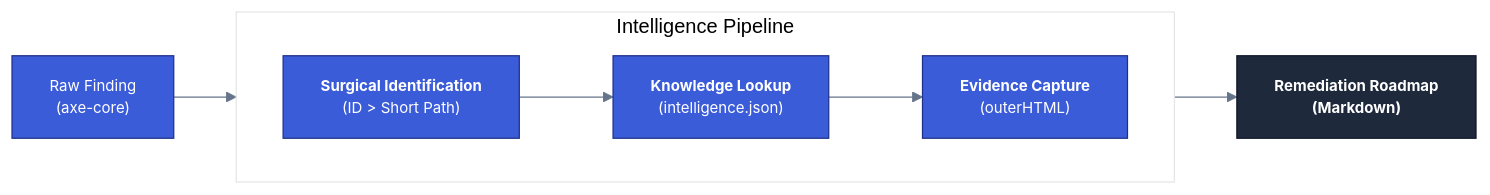
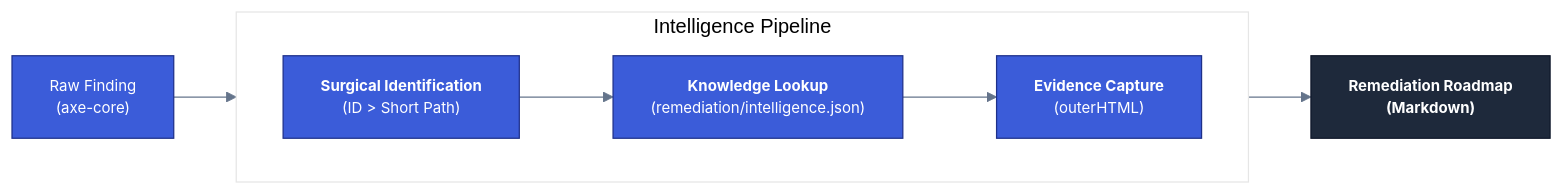
Before and after one commit to diegovelasquezweb/a11y-skill: the diagram in docs/engine-intelligence.md, drawn with Mermaid. The commit also changed other lines of this file and 13 other files, not shown here.

````diff
--- a/docs/engine-intelligence.md
+++ b/docs/engine-intelligence.md
@@ -55,23 +55,23 @@
 ```mermaid
 %%{init: { 'theme': 'base', 'themeVariables': { 'primaryColor': '#3b5cd9', 'primaryTextColor': '#1e293b', 'primaryBorderColor': '#1e308a', 'lineColor': '#64748b', 'secondaryColor': '#f1f5f9', 'tertiaryColor': '#fff', 'mainBkg': '#fff', 'nodeBorder': '#e2e8f0' } } }%%
 flowchart LR
     Finding["Raw Finding<br/>(axe-core)"] --> Analysis
 
     subgraph Analysis["Intelligence Pipeline"]
         direction LR
         Surgical["<b>Surgical Identification</b><br/>(ID > Short Path)"]
-        Match["<b>Knowledge Lookup</b><br/>(intelligence.json)"]
+        Match["<b>Knowledge Lookup</b><br/>(remediation/intelligence.json)"]
         Evidence["<b>Evidence Capture</b><br/>(outerHTML)"]
 
         Surgical --> Match --> Evidence
     end
 
     Analysis --> Roadmap["<b>Remediation Roadmap</b><br/>(Markdown)"]
 
     classDef default font-family:Inter,sans-serif,font-size:12px;
     classDef core fill:#3b5cd9,color:#fff,stroke:#1e308a;
     classDef roadmap fill:#1e293b,color:#fff,stroke:#0f172a,font-weight:bold;
 
     class Finding,Match,Surgical,Evidence core;
     class Roadmap roadmap;
 ```
````
